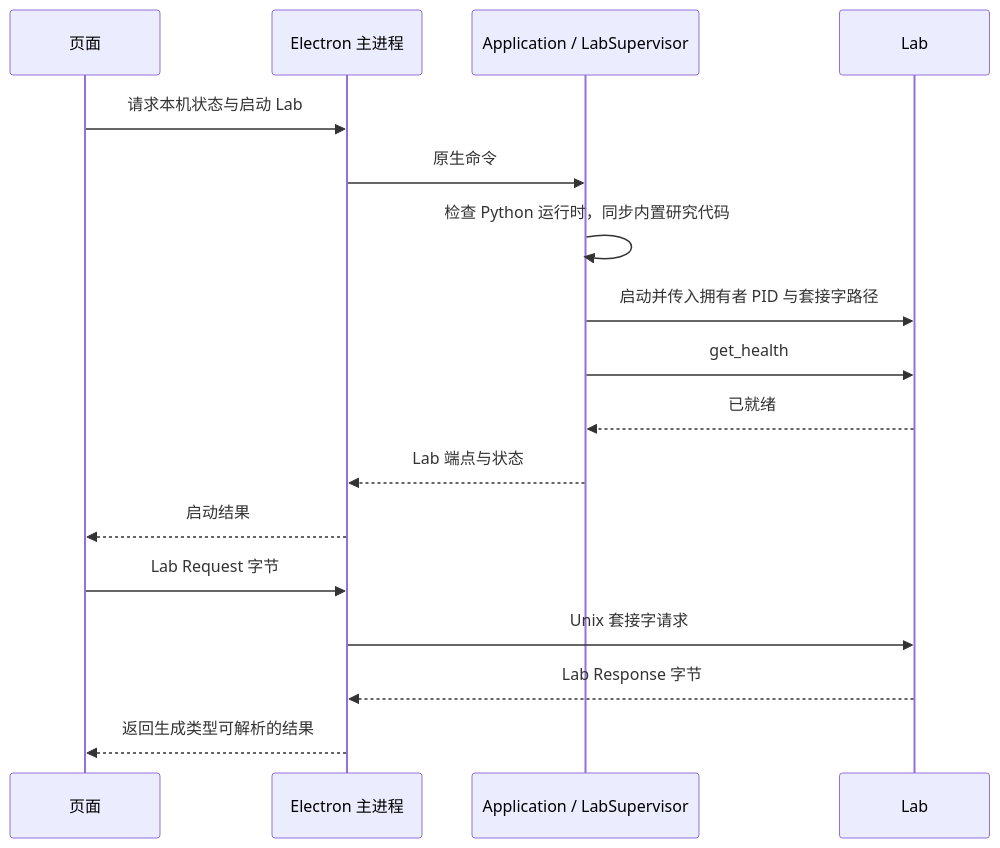
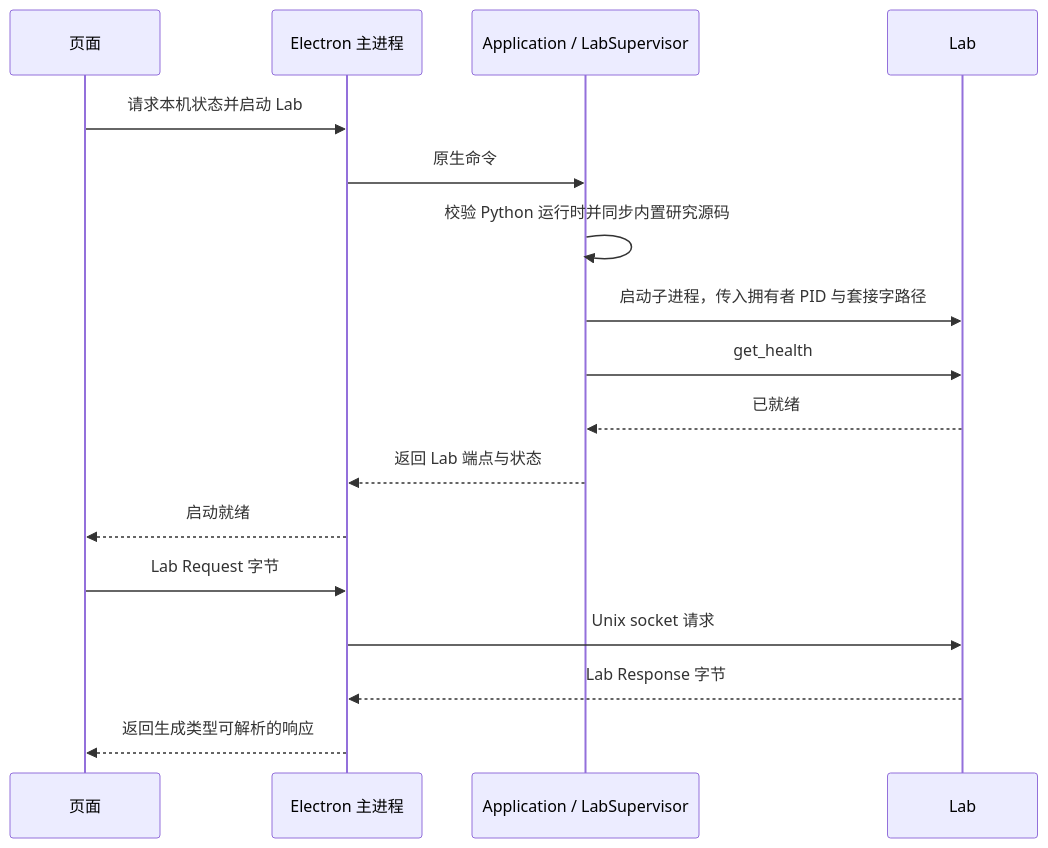
Before and after one commit to isqiwen/asterion-terminal: the third of 4 diagrams in docs/terminal/architecture.md, drawn with Mermaid. The commit also changed other lines of this file and 26 other files, not shown here.

````diff
--- a/docs/terminal/architecture.md
+++ b/docs/terminal/architecture.md
@@ -59,19 +59,19 @@
 ```mermaid
 sequenceDiagram
     participant UI as 页面
     participant Main as Electron 主进程
     participant Native as Application / LabSupervisor
     participant Lab
-    UI->>Main: 请求本机状态与启动 Lab
+    UI->>Main: 请求本机状态并启动 Lab
     Main->>Native: 原生命令
-    Native->>Native: 检查 Python 运行时，同步内置研究代码
-    Native->>Lab: 启动并传入拥有者 PID 与套接字路径
+    Native->>Native: 校验 Python 运行时并同步内置研究源码
+    Native->>Lab: 启动子进程，传入拥有者 PID 与套接字路径
     Native->>Lab: get_health
     Lab-->>Native: 已就绪
-    Native-->>Main: Lab 端点与状态
-    Main-->>UI: 启动结果
+    Native-->>Main: 返回 Lab 端点与状态
+    Main-->>UI: 启动就绪
     UI->>Main: Lab Request 字节
-    Main->>Lab: Unix 套接字请求
+    Main->>Lab: Unix socket 请求
     Lab-->>Main: Lab Response 字节
-    Main-->>UI: 返回生成类型可解析的结果
+    Main-->>UI: 返回生成类型可解析的响应
 ```
````
